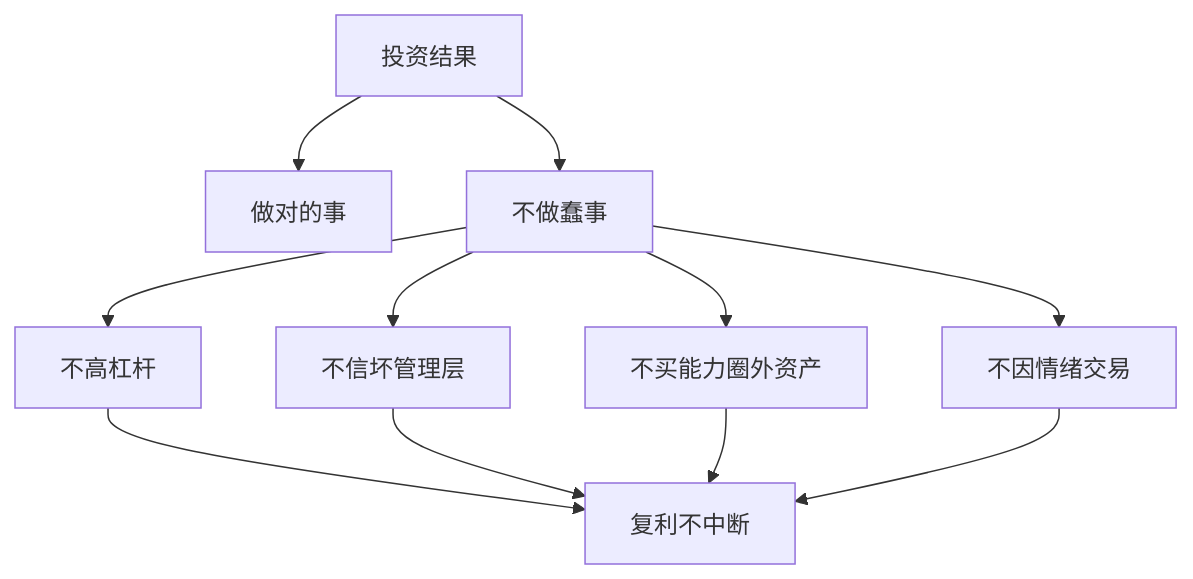
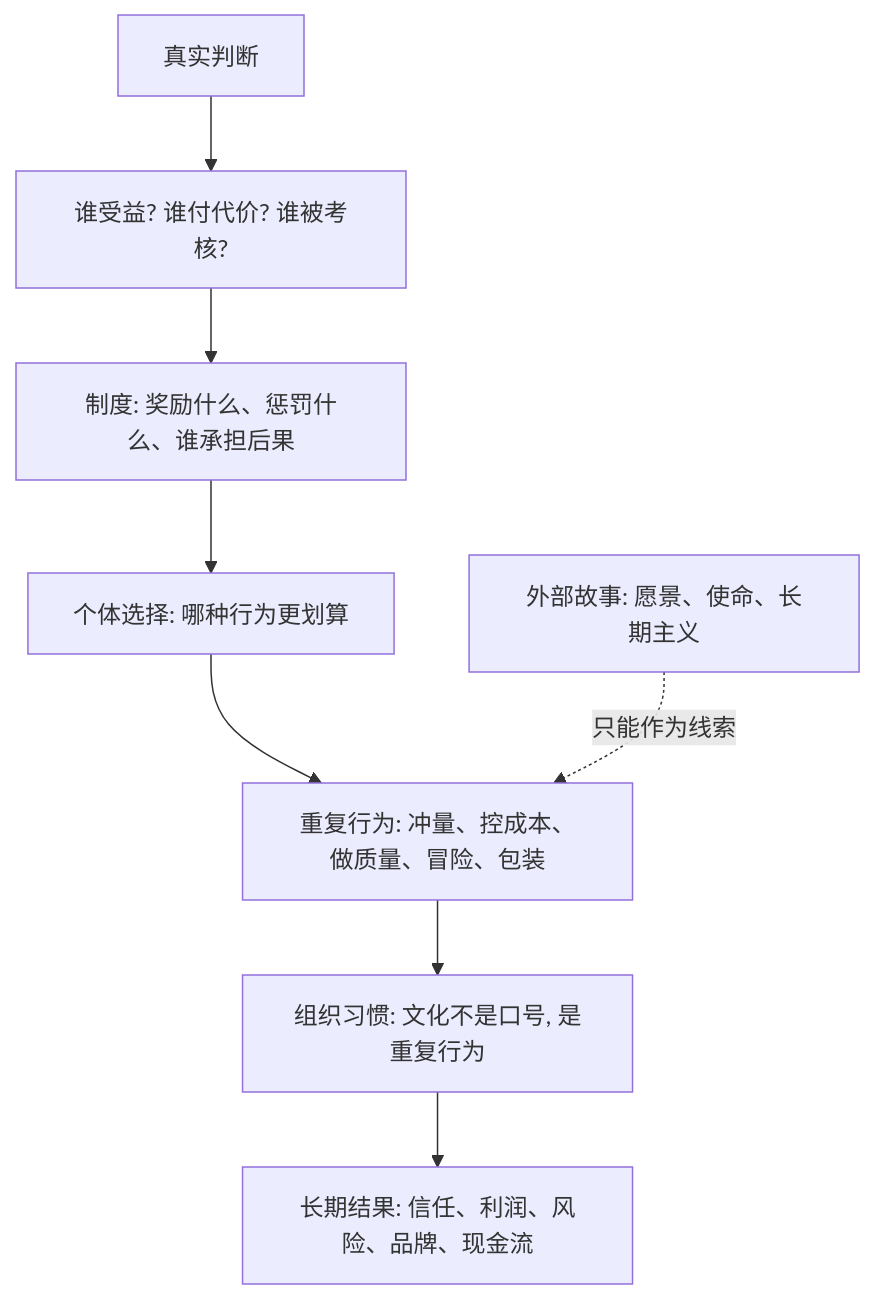
The diagram in 202605/20260519_30.md (digoal/blog), drawn with Mermaid before and after one commit. The commit also changed other lines of this file and 51 other files, not shown here.

````diff
--- a/202605/20260519_30.md
+++ b/202605/20260519_30.md
@@ -22,13 +22,10 @@
 ```mermaid
 flowchart TD
-  A["投资结果"] --> B["做对的事"]
-  A --> C["不做蠢事"]
-  C --> D["不高杠杆"]
-  C --> E["不信坏管理层"]
-  C --> F["不买能力圈外资产"]
-  C --> G["不因情绪交易"]
-  D --> H["复利不中断"]
-  E --> H
-  F --> H
-  G --> H
+  A["制度: 奖励什么、惩罚什么、谁承担后果"] --> B["个体选择: 哪种行为更划算"]
+  B --> C["重复行为: 冲量、控成本、做质量、冒险、包装"]
+  C --> D["组织习惯: 文化不是口号, 是重复行为"]
+  D --> E["长期结果: 信任、利润、风险、品牌、现金流"]
+  F["外部故事: 愿景、使命、长期主义"] -. "只能作为线索" .-> C
+  G["真实判断"] --> H["谁受益? 谁付代价? 谁被考核?"]
+  H --> A
 ```
````
